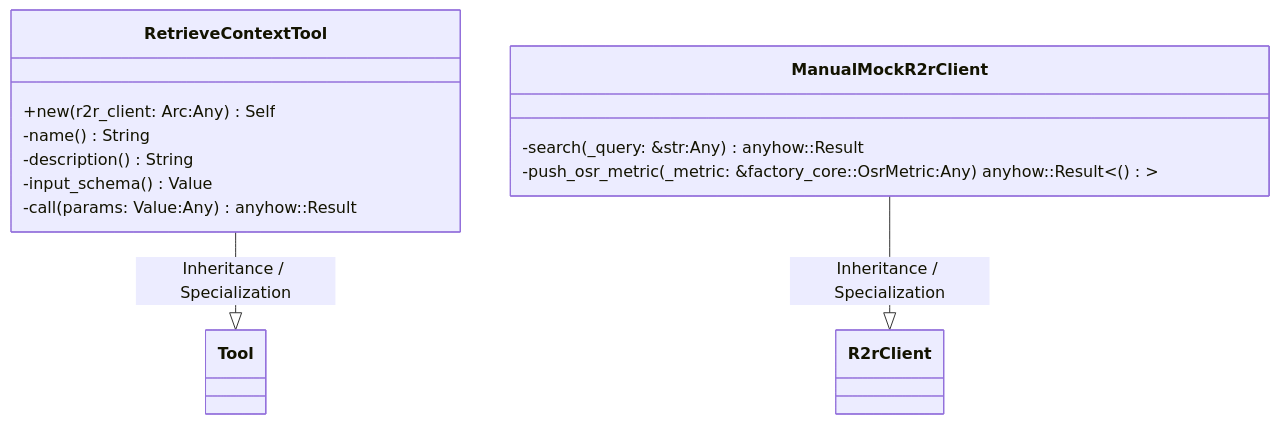
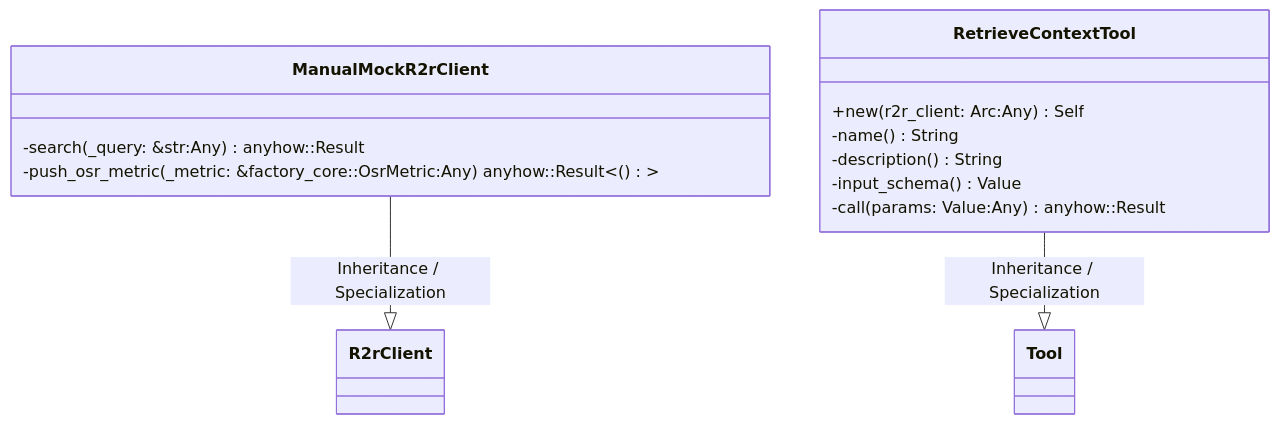
The first of 2 diagrams in openwiki/crates_factory-mcp-server_src_tools_retrieve_context_rs.md (lgcorzo/rust_CACD_autonomous_factory), drawn with Mermaid before and after one commit. The commit also changed other lines of this file and 78 other files, not shown here.

````diff
--- a/openwiki/crates_factory-mcp-server_src_tools_retrieve_context_rs.md
+++ b/openwiki/crates_factory-mcp-server_src_tools_retrieve_context_rs.md
@@ -110,18 +110,18 @@
 ```mermaid
 classDiagram
     direction BT
+    class ManualMockR2rClient {
+        -search(_query: &str:Any) anyhow::Result<String>
+        -push_osr_metric(_metric: &factory_core::OsrMetric:Any) anyhow::Result<()>
+    }
+    R2rClient <|-- ManualMockR2rClient : Inheritance / Specialization
     class RetrieveContextTool {
         +new(r2r_client: Arc<dyn R2rClient>:Any) Self
         -name() String
         -description() String
         -input_schema() Value
         -call(params: Value:Any) anyhow::Result<CallToolResult>
     }
     Tool <|-- RetrieveContextTool : Inheritance / Specialization
-    class ManualMockR2rClient {
-        -search(_query: &str:Any) anyhow::Result<String>
-        -push_osr_metric(_metric: &factory_core::OsrMetric:Any) anyhow::Result<()>
-    }
-    R2rClient <|-- ManualMockR2rClient : Inheritance / Specialization
 
 ```
````
